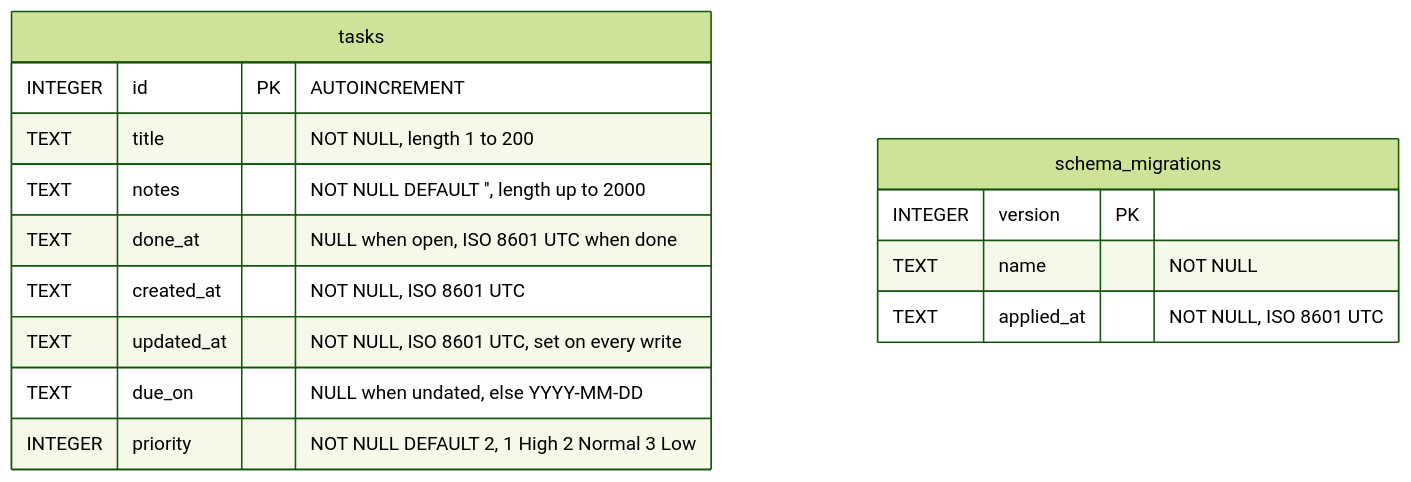
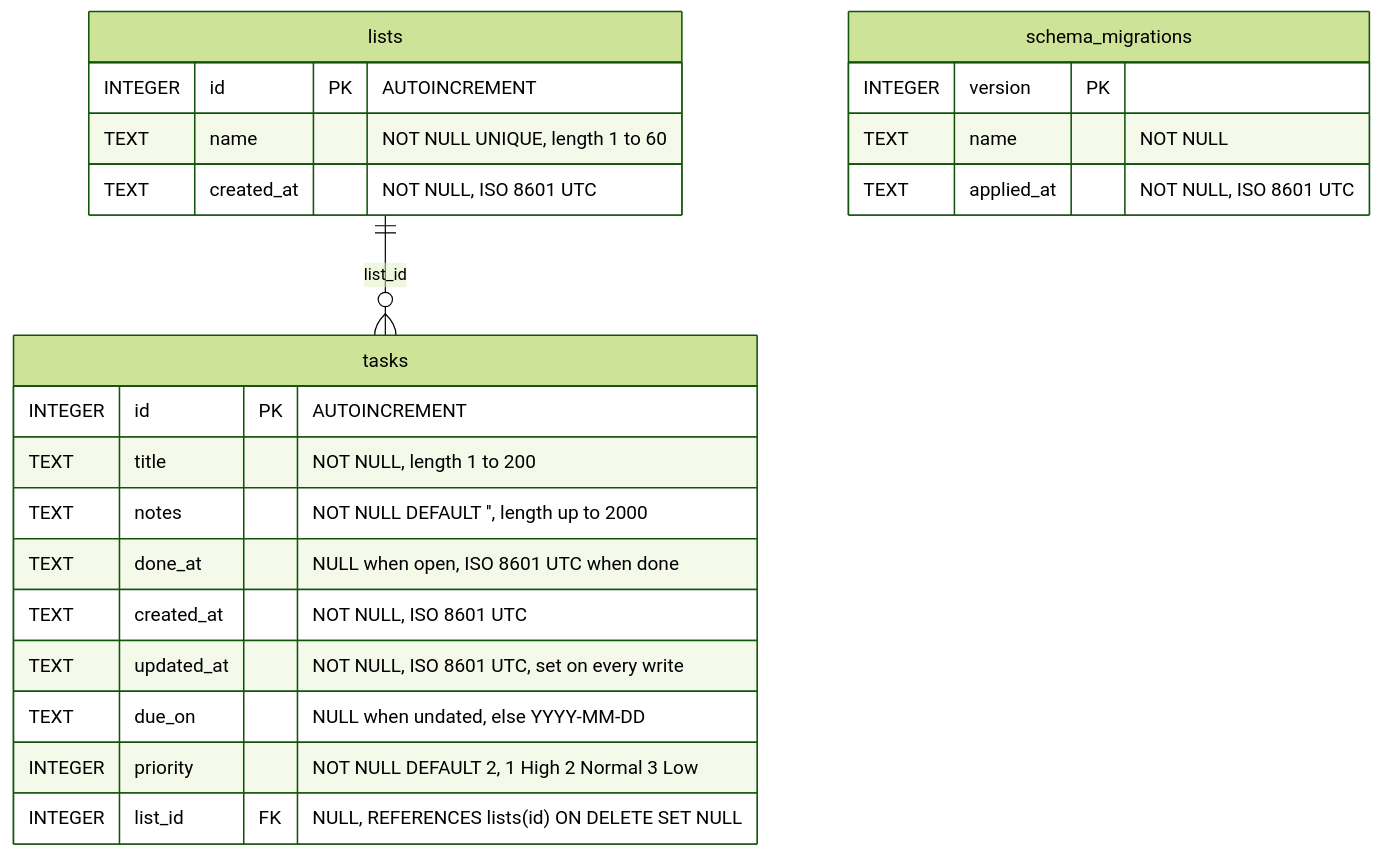
The diagram in docs/current/data-model.md (mkelk/harness-demo), drawn with Mermaid (forest theme) before and after one commit. The commit also changed other lines of this file and 21 other files, not shown here.

Commit message:
tick c05: lists in the domain: migration 0003, lists repository, task listId

````diff
--- a/docs/current/data-model.md
+++ b/docs/current/data-model.md
@@ -11,18 +11,25 @@
 ```mermaid
 erDiagram
     tasks {
         INTEGER id PK "AUTOINCREMENT"
         TEXT title "NOT NULL, length 1 to 200"
         TEXT notes "NOT NULL DEFAULT '', length up to 2000"
         TEXT done_at "NULL when open, ISO 8601 UTC when done"
         TEXT created_at "NOT NULL, ISO 8601 UTC"
         TEXT updated_at "NOT NULL, ISO 8601 UTC, set on every write"
         TEXT due_on "NULL when undated, else YYYY-MM-DD"
         INTEGER priority "NOT NULL DEFAULT 2, 1 High 2 Normal 3 Low"
+        INTEGER list_id FK "NULL, REFERENCES lists(id) ON DELETE SET NULL"
+    }
+    lists {
+        INTEGER id PK "AUTOINCREMENT"
+        TEXT name "NOT NULL UNIQUE, length 1 to 60"
+        TEXT created_at "NOT NULL, ISO 8601 UTC"
     }
     schema_migrations {
         INTEGER version PK
         TEXT name "NOT NULL"
         TEXT applied_at "NOT NULL, ISO 8601 UTC"
     }
+    lists ||--o{ tasks : "list_id"
 ```
````
